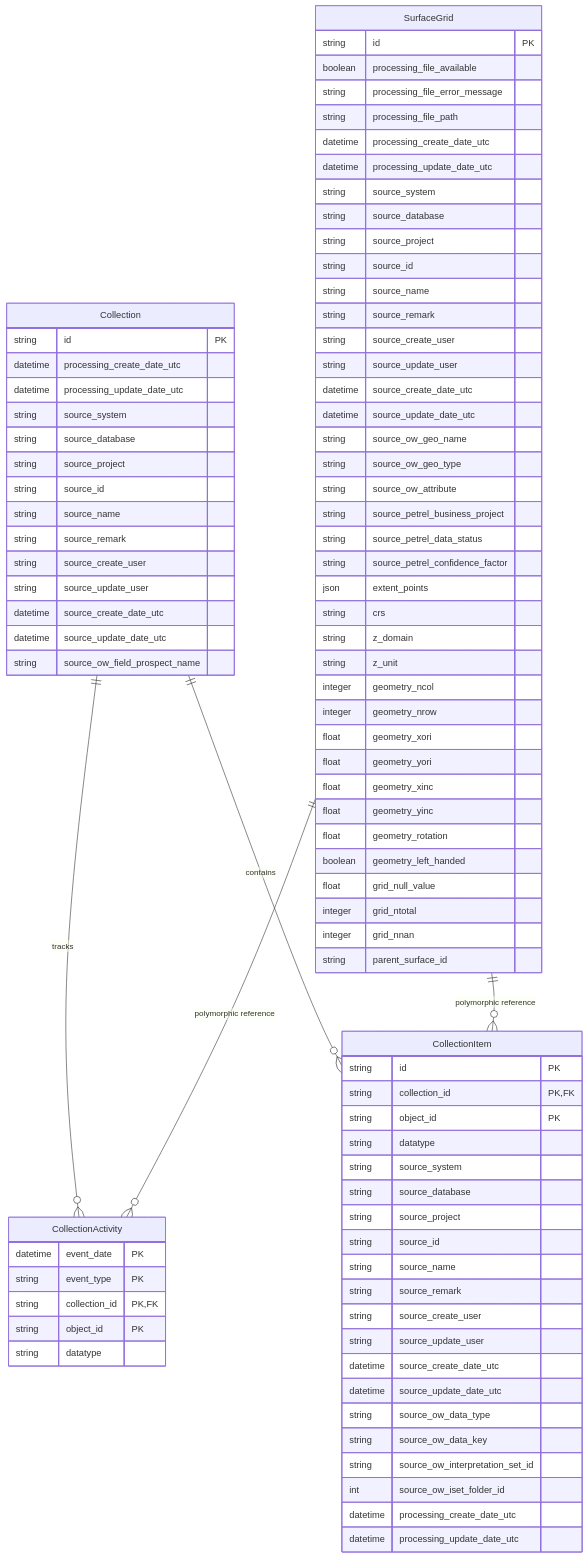
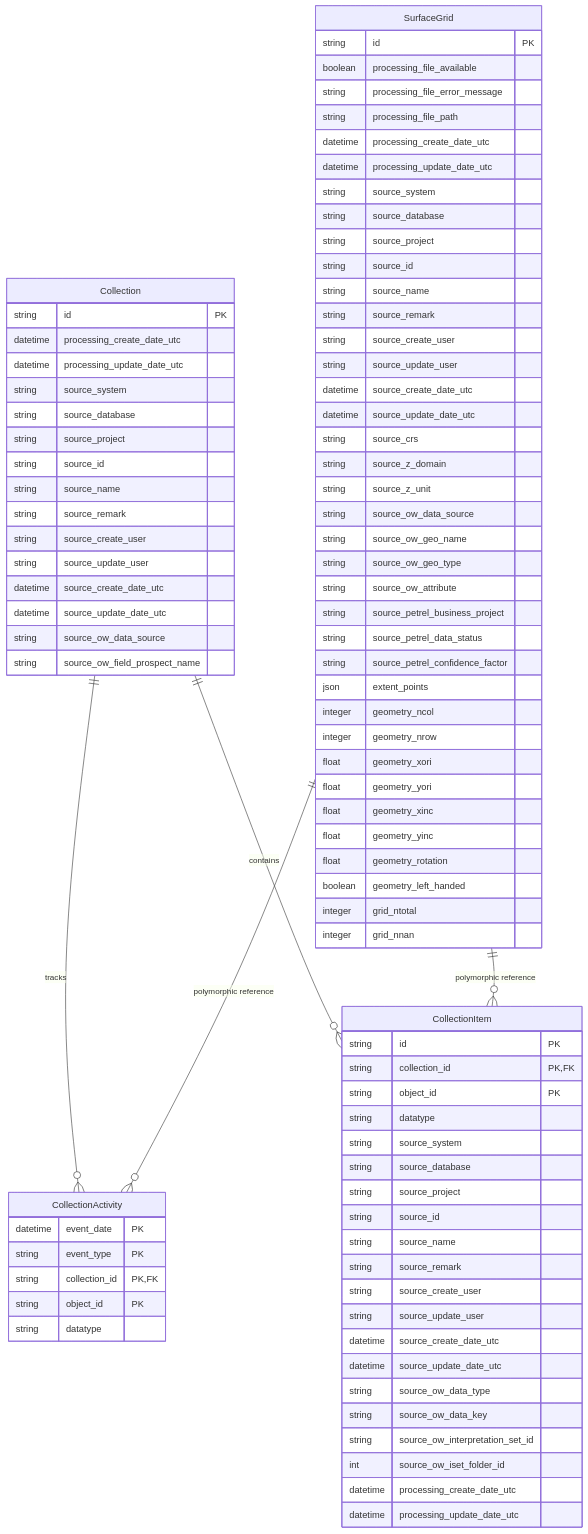
One commit to equinor/interpretation-models changed the diagram in docs/database_model.md. Above: the diagram before and after it, drawn with Mermaid. The commit also changed 25 other files, not shown here.

First line of the commit message:
feat: updates to models, mappers and schemas (#51)

```diff
--- a/docs/database_model.md
+++ b/docs/database_model.md
@@ -17,6 +17,10 @@
         string source_update_user
         datetime source_create_date_utc
         datetime source_update_date_utc
+        string source_crs
+        string source_z_domain
+        string source_z_unit
+        string source_ow_data_source
         string source_ow_geo_name
         string source_ow_geo_type
         string source_ow_attribute
@@ -24,9 +28,6 @@
         string source_petrel_data_status
         string source_petrel_confidence_factor
         json extent_points
-        string crs
-        string z_domain
-        string z_unit
         integer geometry_ncol
         integer geometry_nrow
         float geometry_xori
@@ -35,10 +36,8 @@
         float geometry_yinc
         float geometry_rotation
         boolean geometry_left_handed
-        float grid_null_value
         integer grid_ntotal
         integer grid_nnan
-        string parent_surface_id
     }
 
     Collection {
@@ -55,6 +54,7 @@
         string source_update_user
         datetime source_create_date_utc
         datetime source_update_date_utc
+        string source_ow_data_source
         string source_ow_field_prospect_name
     }
 
```
